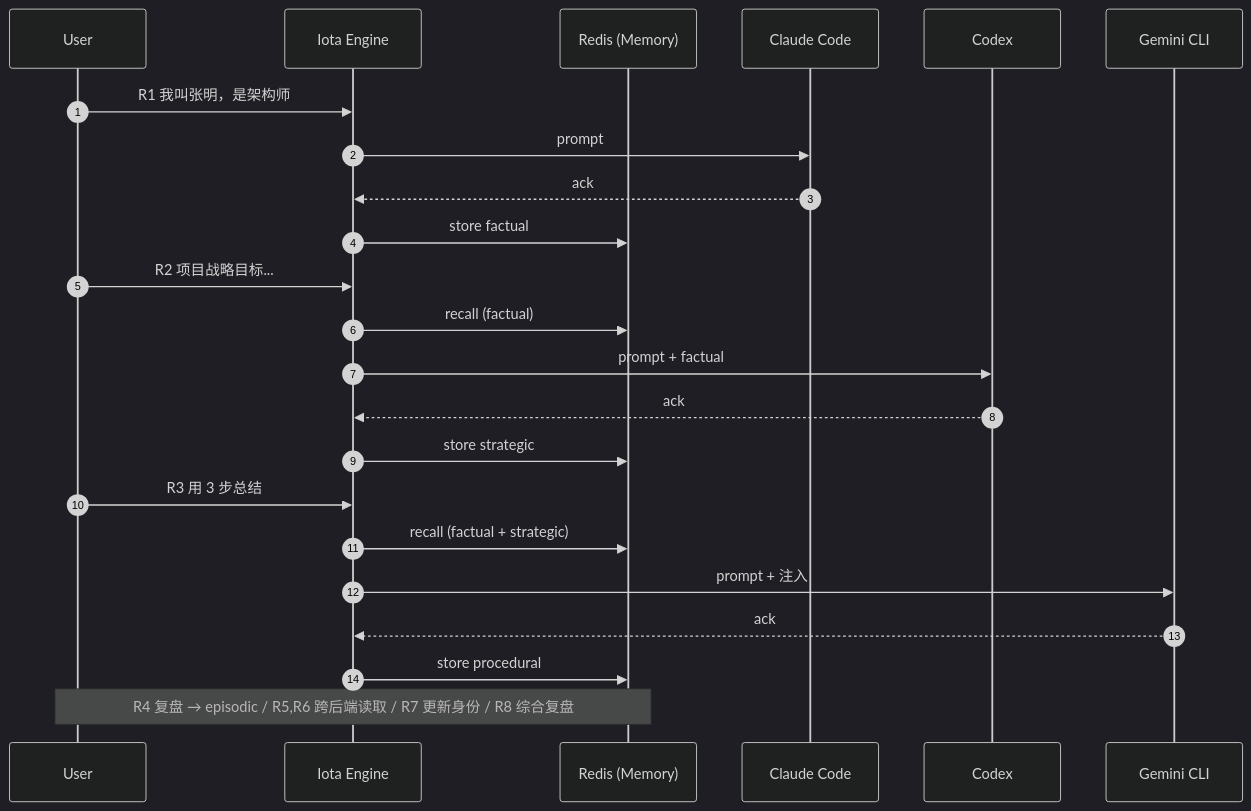
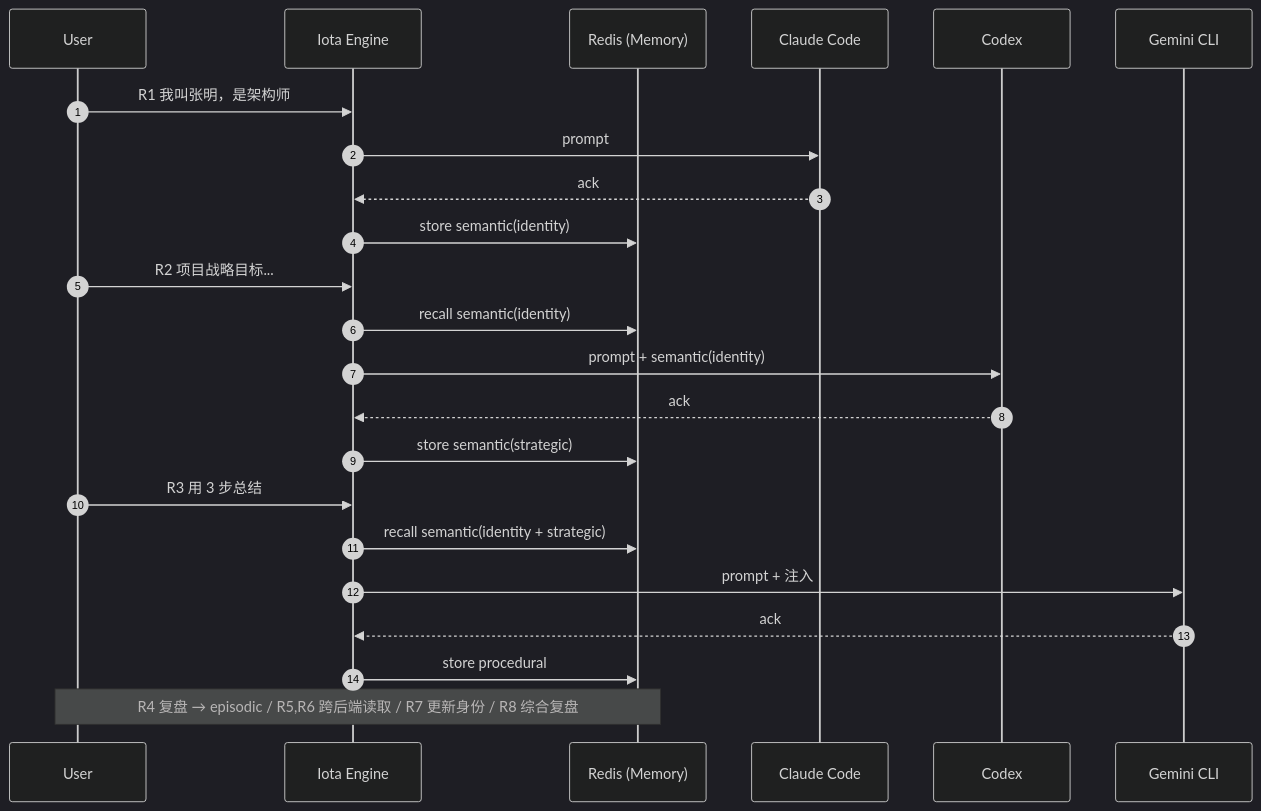
One commit to feuyeux/iota changed the second of 2 diagrams in docs/guides/12-iota-memory.md. Above: the diagram before and after it, drawn with Mermaid (dark theme). The commit also changed other lines of this file and 52 other files, not shown here.

````diff
--- a/docs/guides/12-iota-memory.md
+++ b/docs/guides/12-iota-memory.md
@@ -115,29 +145,29 @@
 ```mermaid
 sequenceDiagram
     autonumber
     participant U as User
     participant E as Iota Engine
     participant R as Redis (Memory)
     participant CC as Claude Code
     participant CX as Codex
     participant GM as Gemini CLI
 
     U->>E: R1 我叫张明，是架构师
     E->>CC: prompt
     CC-->>E: ack
-    E->>R: store factual
+    E->>R: store semantic(identity)
 
     U->>E: R2 项目战略目标...
-    E->>R: recall (factual)
-    E->>CX: prompt + factual
+    E->>R: recall semantic(identity)
+    E->>CX: prompt + semantic(identity)
     CX-->>E: ack
-    E->>R: store strategic
+    E->>R: store semantic(strategic)
 
     U->>E: R3 用 3 步总结
-    E->>R: recall (factual + strategic)
+    E->>R: recall semantic(identity + strategic)
     E->>GM: prompt + 注入
     GM-->>E: ack
     E->>R: store procedural
 
     Note over U,R: R4 复盘 → episodic / R5,R6 跨后端读取 / R7 更新身份 / R8 综合复盘
 ```
````
